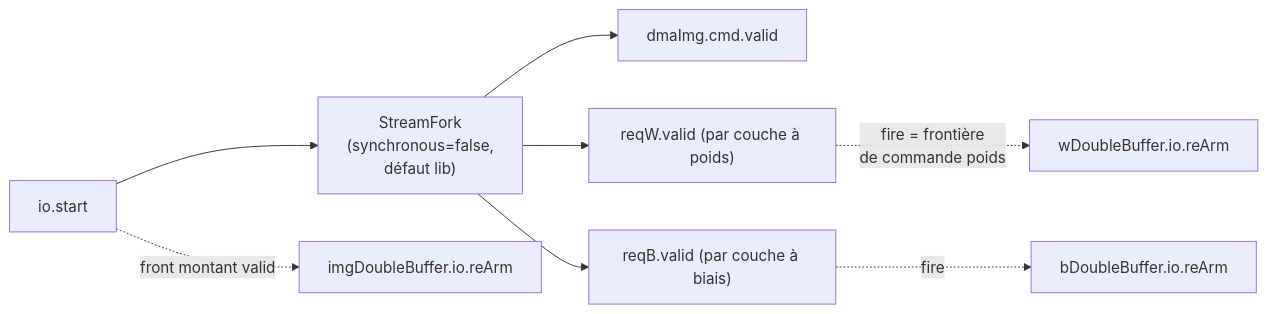
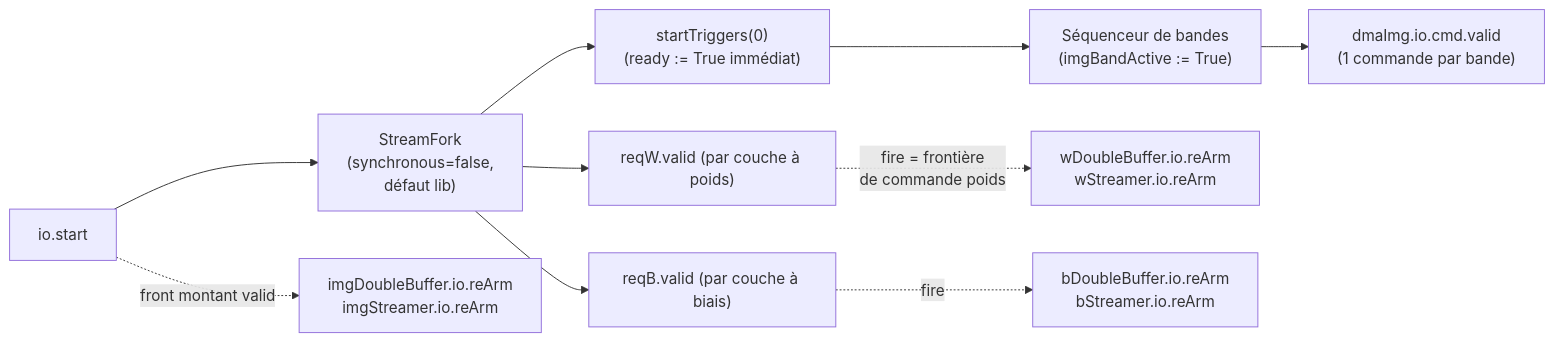
One commit to Juste-Leo2/spinalML changed the second of 5 diagrams in docs/dataflow-map.md. Above: the diagram before and after it, drawn with Mermaid. The commit also changed other lines of this file and 30 other files, not shown here.

````diff
--- a/docs/dataflow-map.md
+++ b/docs/dataflow-map.md
@@ -111,10 +131,12 @@
 ```mermaid
 flowchart LR
     S["io.start"] --> F["StreamFork<br/>(synchronous=false,<br/>défaut lib)"]
-    F --> T0["dmaImg.cmd.valid"]
+    F --> T0["startTriggers(0)<br/>(ready := True immédiat)"]
     F --> T1["reqW.valid (par couche à poids)"]
     F --> T2["reqB.valid (par couche à biais)"]
-    T1 -.->|"fire = frontière<br/>de commande poids"| RA_W["wDoubleBuffer.io.reArm"]
-    T2 -.->|"fire"| RA_B["bDoubleBuffer.io.reArm"]
-    S -.->|"front montant valid"| RA_I["imgDoubleBuffer.io.reArm"]
+    T0 --> BAND["Séquenceur de bandes<br/>(imgBandActive := True)"]
+    BAND --> D2D["dmaImg.io.cmd.valid<br/>(1 commande par bande)"]
+    T1 -.->|"fire = frontière<br/>de commande poids"| RA_W["wDoubleBuffer.io.reArm<br/>wStreamer.io.reArm"]
+    T2 -.->|"fire"| RA_B["bDoubleBuffer.io.reArm<br/>bStreamer.io.reArm"]
+    S -.->|"front montant valid"| RA_I["imgDoubleBuffer.io.reArm<br/>imgStreamer.io.reArm"]
 ```
````
